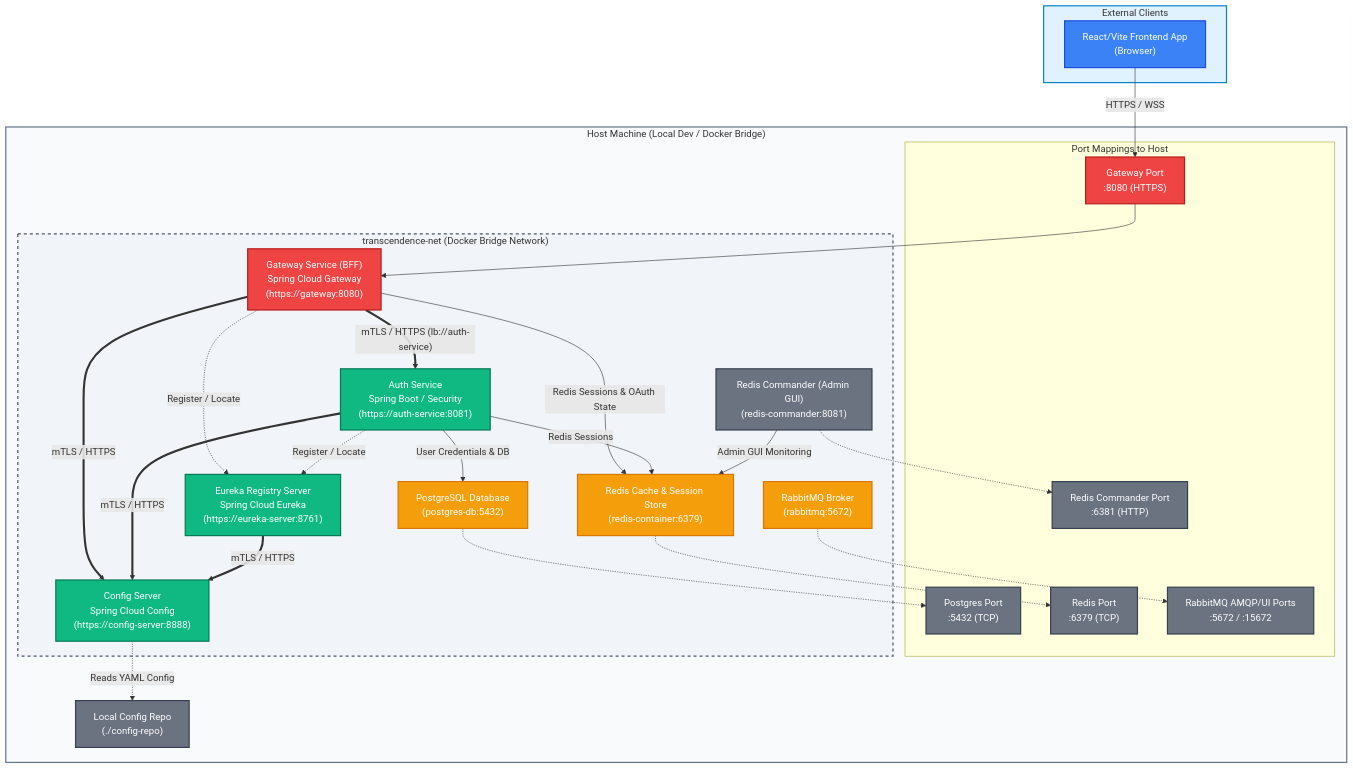
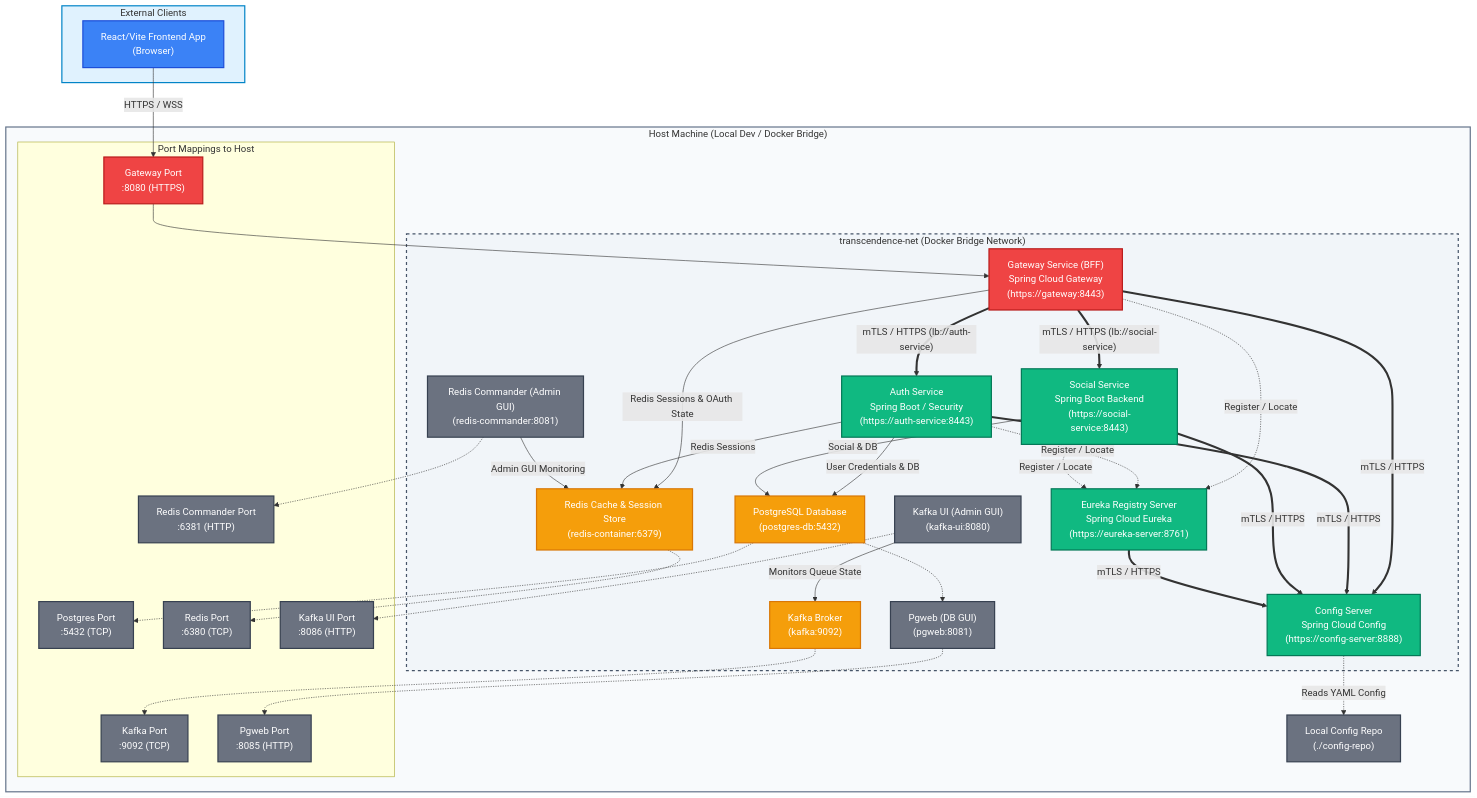
Before and after one commit to Laxuard/Chess: the first of 5 diagrams in docs/README.md, drawn with Mermaid. The commit also changed other lines of this file and 68 other files, not shown here.

Commit message:
feat: scaffold social-service, implement common-core library, standardize docker ports, and add Kafka UI visualizer

```diff
--- a/docs/README.md
+++ b/docs/README.md
@@ -28,25 +28,30 @@
         subgraph Exposed_Ports ["Port Mappings to Host"]
             GatewayPort["Gateway Port<br>:8080 (HTTPS)"]:::public
             DbPort["Postgres Port<br>:5432 (TCP)"]:::infra
-            RedisPort["Redis Port<br>:6379 (TCP)"]:::infra
+            RedisPort["Redis Port<br>:6380 (TCP)"]:::infra
             RedisCommanderPort["Redis Commander Port<br>:6381 (HTTP)"]:::infra
-            RabbitPort["RabbitMQ AMQP/UI Ports<br>:5672 / :15672"]:::infra
+            KafkaPort["Kafka Port<br>:9092 (TCP)"]:::infra
+            PgwebPort["Pgweb Port<br>:8085 (HTTP)"]:::infra
+            KafkaUiPort["Kafka UI Port<br>:8086 (HTTP)"]:::infra
         end
 
         subgraph transcendence_net ["transcendence-net (Docker Bridge Network)"]
             %% Public Entrypoint
-            Gateway["Gateway Service (BFF)<br>Spring Cloud Gateway<br>(https://gateway:8080)"]:::public
+            Gateway["Gateway Service (BFF)<br>Spring Cloud Gateway<br>(https://gateway:8443)"]:::public
 
             %% Internal Microservices
-            AuthService["Auth Service<br>Spring Boot / Security<br>(https://auth-service:8081)"]:::internal
+            AuthService["Auth Service<br>Spring Boot / Security<br>(https://auth-service:8443)"]:::internal
+            SocialService["Social Service<br>Spring Boot Backend<br>(https://social-service:8443)"]:::internal
             EurekaServer["Eureka Registry Server<br>Spring Cloud Eureka<br>(https://eureka-server:8761)"]:::internal
             ConfigServer["Config Server<br>Spring Cloud Config<br>(https://config-server:8888)"]:::internal
 
             %% Infrastructure & Databases
             Postgres["PostgreSQL Database<br>(postgres-db:5432)"]:::db
             Redis["Redis Cache & Session Store<br>(redis-container:6379)"]:::db
-            RabbitMQ["RabbitMQ Broker<br>(rabbitmq:5672)"]:::db
+            Kafka["Kafka Broker<br>(kafka:9092)"]:::db
+            Pgweb["Pgweb (DB GUI)<br>(pgweb:8081)"]:::infra
             RedisCommander["Redis Commander (Admin GUI)<br>(redis-commander:8081)"]:::infra
+            KafkaUi["Kafka UI (Admin GUI)<br>(kafka-ui:8080)"]:::infra
         end
         
         ConfigRepo["Local Config Repo<br>(./config-repo)"]:::infra
@@ -62,26 +67,34 @@
     %% Service Discovery Registration
     Gateway -.->|"Register / Locate"| EurekaServer
     AuthService -.->|"Register / Locate"| EurekaServer
+    SocialService -.->|"Register / Locate"| EurekaServer
 
     %% Config retrieval (mTLS)
     Gateway ==>|"mTLS / HTTPS"| ConfigServer
     AuthService ==>|"mTLS / HTTPS"| ConfigServer
+    SocialService ==>|"mTLS / HTTPS"| ConfigServer
     EurekaServer ==>|"mTLS / HTTPS"| ConfigServer
 
     %% Downstream Service Calls (mTLS)
     Gateway ==>|"mTLS / HTTPS (lb://auth-service)"| AuthService
+    Gateway ==>|"mTLS / HTTPS (lb://social-service)"| SocialService
 
     %% Database & Cache Connections
     Gateway -->|"Redis Sessions & OAuth State"| Redis
     AuthService -->|"User Credentials & DB"| Postgres
     AuthService -->|"Redis Sessions"| Redis
+    SocialService -->|"Social & DB"| Postgres
     RedisCommander -->|"Admin GUI Monitoring"| Redis
+    KafkaUi -->|"Monitors Queue State"| Kafka
+    Postgres -.-> Pgweb
     
     %% Port exposures
     Postgres -.-> DbPort
     Redis -.-> RedisPort
     RedisCommander -.-> RedisCommanderPort
-    RabbitMQ -.-> RabbitPort
+    Kafka -.-> KafkaPort
+    Pgweb -.-> PgwebPort
+    KafkaUi -.-> KafkaUiPort
 
     %% Legend
     style External_Network fill:#e0f2fe,stroke:#0284c7,stroke-width:2px;
```
